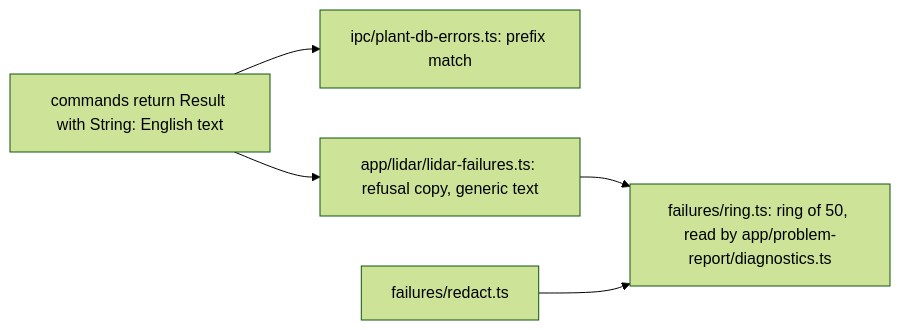
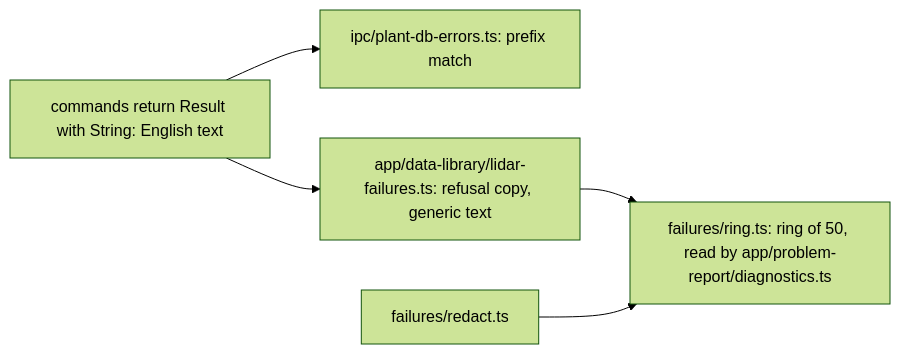
The ninth of 10 diagrams in docs/architecture/data-services.md (opencanopi/canopi), drawn with Mermaid (forest theme) before and after one commit. The commit also changed other lines of this file and 909 other files, not shown here.

````diff
--- a/docs/architecture/data-services.md
+++ b/docs/architecture/data-services.md
@@ -327,12 +327,12 @@
 ```mermaid
 flowchart LR
   STR[commands return Result with String: English text]
   PDB[ipc/plant-db-errors.ts: prefix match]
-  LF[app/lidar/lidar-failures.ts: refusal copy, generic text]
+  LF[app/data-library/lidar-failures.ts: refusal copy, generic text]
   DIAG[failures/ring.ts: ring of 50, read by app/problem-report/diagnostics.ts]
   RED[failures/redact.ts]
   STR --> PDB
   STR --> LF
   LF --> DIAG
   RED --> DIAG
 ```
````
